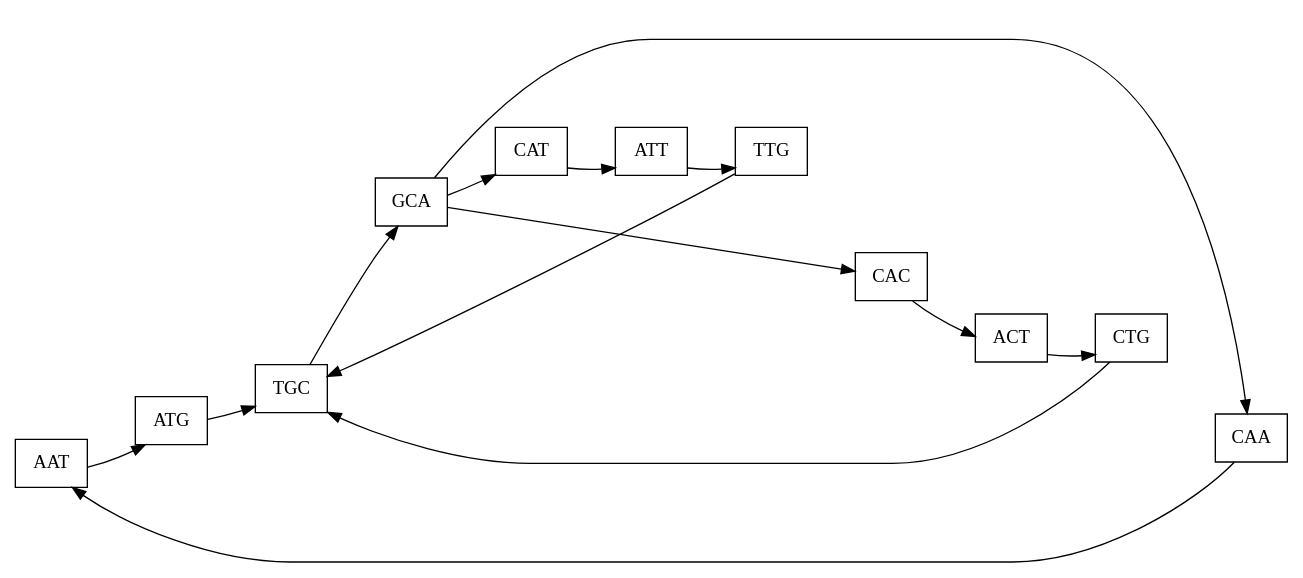
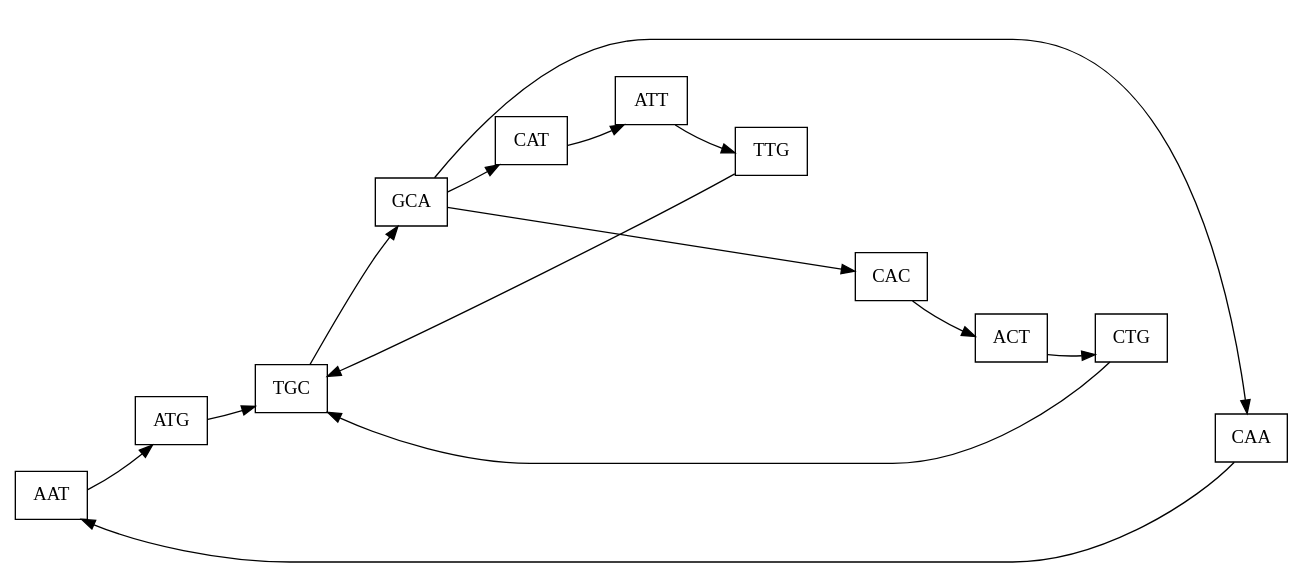
One commit to ablab/spades changed the diagram in assembler/docs/abruijn/ATGCATTGCACTGCA_debruijn.dot. Above: the diagram before and after it, drawn with Graphviz. The commit also changed 11 other files, not shown here.

```diff
--- a/assembler/docs/abruijn/ATGCATTGCACTGCA_debruijn.dot
+++ b/assembler/docs/abruijn/ATGCATTGCACTGCA_debruijn.dot
@@ -1,44 +1,57 @@
 ## genome=ATGCATTGCACTGCA readsize=6 k=3
 ##dot -Tjpg ATGCATTGCACTGCA.dot -o ATGCATTGCACTGCA.jpg
 digraph ATGCATTGCACTGCA { rankdir="LR"; node[shape="box"] edge[color="black"]
+AAT [shape=box]
+ATG [shape=box]
+TGC [shape=box]
+GCA [shape=box]
+CAT [shape=box]
+ATT [shape=box]
+TTG [shape=box]
+CAC [shape=box]
+ACT [shape=box]
+CTG [shape=box]
+CAA [shape=box]
+
+
 AAT->ATG
 ACT->CTG
 ATG->TGC
 ATT->TTG
 CAA->AAT
 CAC->ACT
 CAT->ATT
 CTG->TGC
 GCA->CAA
 GCA->CAC
 GCA->CAT
 TGC->GCA
 TTG->TGC
 
 AAT->ATG[style="invis"]
 ACT->CTG[style="invis"]
 ATG->CAT[style="invis"]
 ATT->TTG[style="invis"]
 CAA->AAT[style="invis"]
 CAC->ACT[style="invis"]
 CAC->CTG[style="invis"]
 CAT->ATT[style="invis"]
 CAT->TTG[style="invis"]
 CTG->CAA[style="invis"]
 TTG->CAC[style="invis"]
 
 AAT->ATG[style="invis"]
 ACT->CTG[style="invis"]
 ATG->TGC[style="invis"]
 ATT->TTG[style="invis"]
 CAA->AAT[style="invis"]
 CAC->ACT[style="invis"]
 CAT->ATT[style="invis"]
 CTG->TGC[style="invis"]
 GCA->ACT[style="invis"]
 GCA->CAA[style="invis"]
 GCA->CAT[style="invis"]
 TGC->ACT[style="invis"]
 TGC->GCA[style="invis"]
 TTG->TGC[style="invis"]
 }
```
